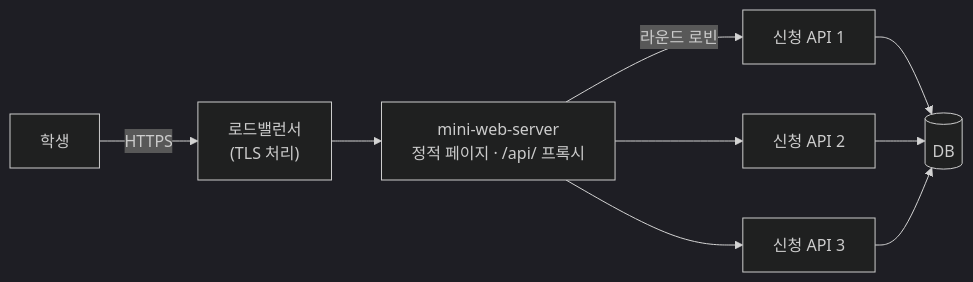
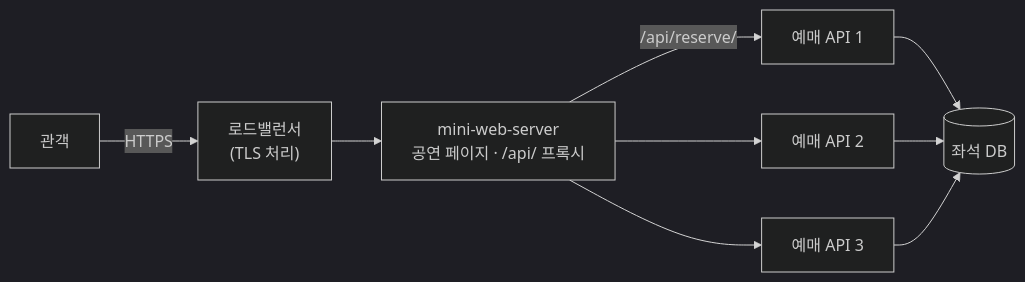
The second of 2 diagrams in README.md (1224kang/mini-web-server), drawn with Mermaid (dark theme) before and after one commit. The commit also changed other lines of this file, not shown here.

````diff
--- a/README.md
+++ b/README.md
@@ -331,9 +317,9 @@
 ```mermaid
 flowchart LR
-    U["학생"] -->|HTTPS| LB["로드밸런서<br/>(TLS 처리)"]
-    LB --> W["mini-web-server<br/>정적 페이지 · /api/ 프록시"]
-    W -->|"라운드 로빈"| A1["신청 API 1"]
-    W --> A2["신청 API 2"]
-    W --> A3["신청 API 3"]
-    A1 & A2 & A3 --> D[("DB")]
+    U["관객"] -->|HTTPS| LB["로드밸런서<br/>(TLS 처리)"]
+    LB --> W["mini-web-server<br/>공연 페이지 · /api/ 프록시"]
+    W -->|"/api/reserve/"| A1["예매 API 1"]
+    W --> A2["예매 API 2"]
+    W --> A3["예매 API 3"]
+    A1 & A2 & A3 --> D[("좌석 DB")]
 ```
````
